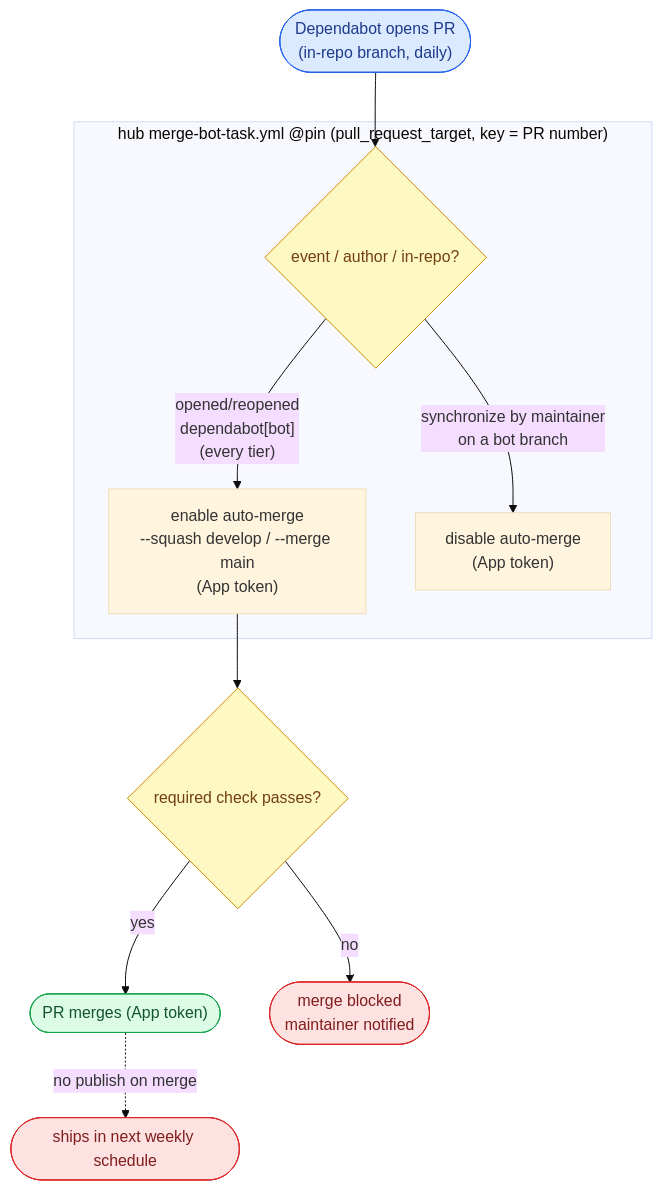
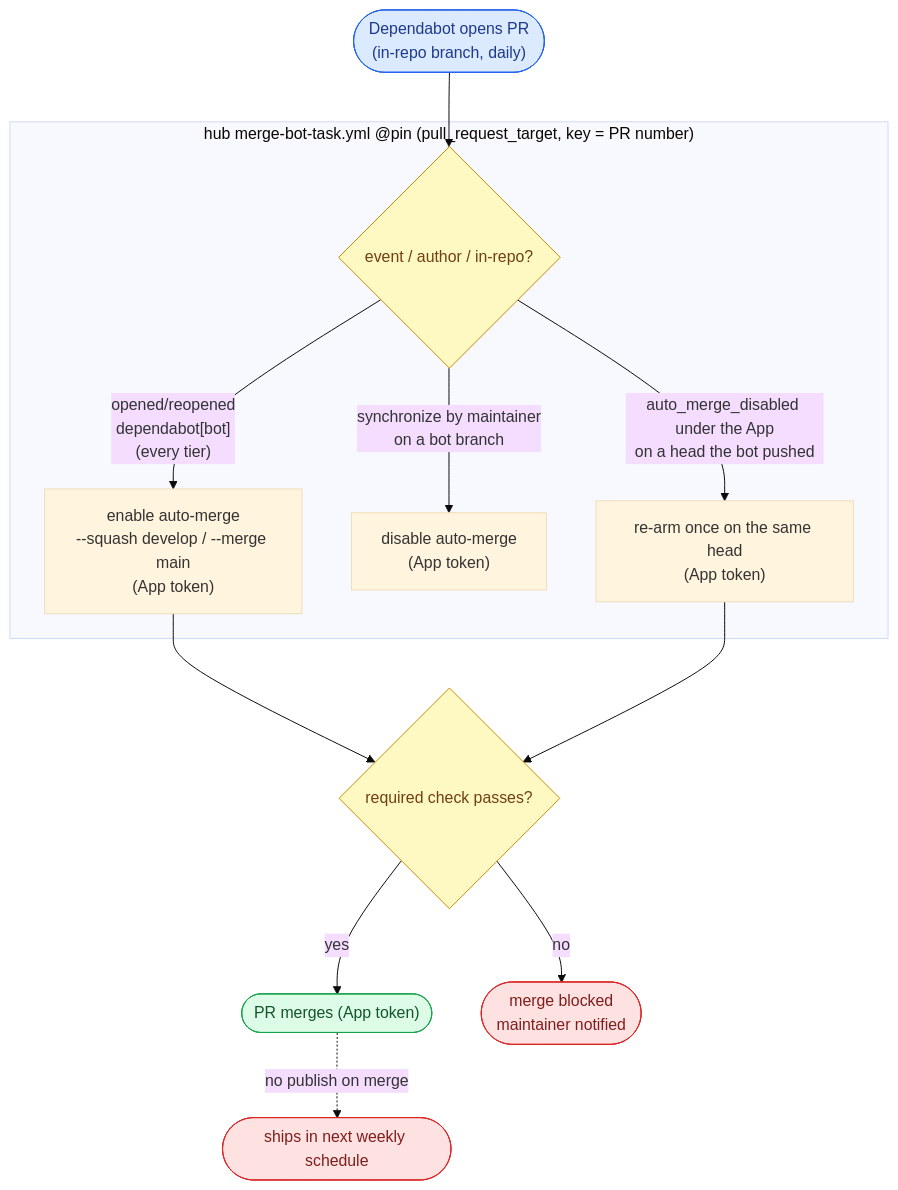
Before and after one commit to ptr727/PlexCleaner: the third of 3 diagrams in WORKFLOW.md, drawn with Mermaid (base theme). The commit also changed other lines of this file and 3 other files, not shown here.

First line of the commit message:
Re-Arm a Disabled Auto-Merge and Stop Persisting Checkout Credentials (#1296)

````diff
--- a/WORKFLOW.md
+++ b/WORKFLOW.md
@@ -304,17 +307,19 @@
 ```mermaid
 flowchart TD
     DEP(["Dependabot opens PR<br/>(in-repo branch, daily)"]):::trig --> MB
     subgraph MBT ["hub merge-bot-task.yml @pin (pull_request_target, key = PR number)"]
         MB{"event / author / in-repo?"}:::gate
         MB -- "opened/reopened<br/>dependabot[bot]<br/>(every tier)" --> EN["enable auto-merge<br/>--squash develop / --merge main<br/>(App token)"]
         MB -- "synchronize by maintainer<br/>on a bot branch" --> DIS["disable auto-merge<br/>(App token)"]
+        MB -- "auto_merge_disabled under the App<br/>on a head the bot pushed" --> RE["re-arm once on the same head<br/>(App token)"]
     end
     EN --> CK{"required check passes?"}:::gate
+    RE --> CK
     CK -- "yes" --> MRG(["PR merges (App token)"]):::pub
     CK -- "no" --> BLK(["merge blocked<br/>maintainer notified"]):::stop
     MRG -. "no publish on merge" .-> NEXT(["ships in next weekly schedule"]):::stop
     classDef trig fill:#dbeafe,stroke:#2563eb,color:#1e3a8a
     classDef gate fill:#fef9c3,stroke:#ca8a04,color:#713f12
     classDef pub fill:#dcfce7,stroke:#16a34a,color:#14532d
     classDef stop fill:#fee2e2,stroke:#dc2626,color:#7f1d1d
 ```
````
